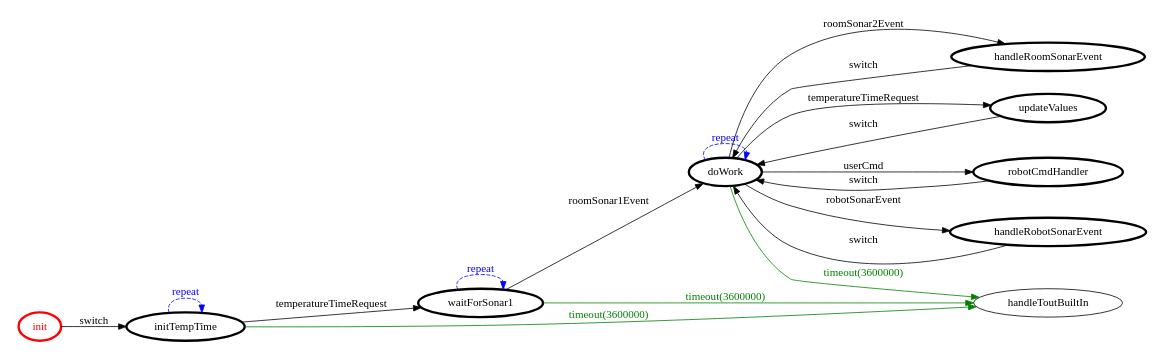
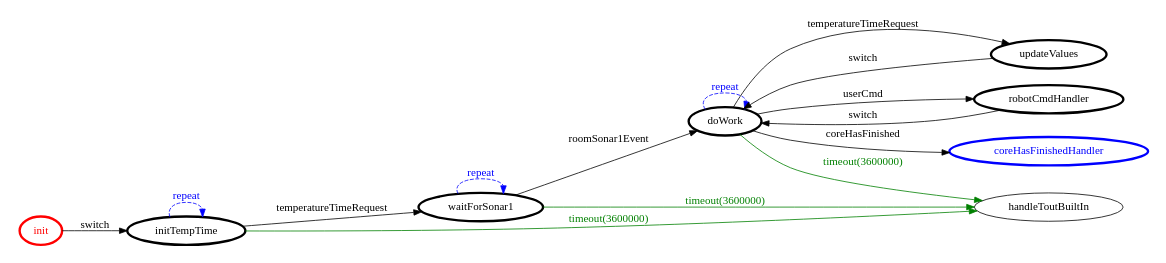
One commit to FraGio/iss2018 changed the diagram in it.unibo.projectRobot/srcMore/it/unibo/mind/mind.gv. Above: the diagram before and after it, drawn with Graphviz. The commit also changed 13 other files, not shown here.

```diff
--- a/it.unibo.projectRobot/srcMore/it/unibo/mind/mind.gv
+++ b/it.unibo.projectRobot/srcMore/it/unibo/mind/mind.gv
@@ -1,38 +1,34 @@
 /*
 *
 * A GraphViz DOT FSM description 
 * Please use a GraphViz visualizer (like http://www.webgraphviz.com)
 *  
 */
 
 digraph finite_state_machine {
 	rankdir=LR
 	size="8,5"
 	
 	init [ color = red ][ fontcolor = red ][ penwidth = 3 ]
-	handleRoomSonarEvent [ color = black ][ fontcolor = black ][ penwidth = 3 ]
 	doWork [ color = black ][ fontcolor = black ][ penwidth = 3 ]
 	initTempTime [ color = black ][ fontcolor = black ][ penwidth = 3 ]
 	updateValues [ color = black ][ fontcolor = black ][ penwidth = 3 ]
 	waitForSonar1 [ color = black ][ fontcolor = black ][ penwidth = 3 ]
 	robotCmdHandler [ color = black ][ fontcolor = black ][ penwidth = 3 ]
-	handleRobotSonarEvent [ color = black ][ fontcolor = black ][ penwidth = 3 ]
+	coreHasFinishedHandler [ color = blue ][ fontcolor = blue ][ penwidth = 3 ]
 	
 	initTempTime -> initTempTime [ label = "repeat "][ style = dashed ][ color = blue ][ fontcolor = blue ]
 	doWork -> handleToutBuiltIn [ label = "timeout(3600000)" ][ color = green ][ fontcolor = green ]
-	doWork -> handleRoomSonarEvent [ label = "roomSonar2Event" ][ color = black ][ fontcolor = black ]
 	updateValues -> doWork [ label = "switch" ][ color = black ][ fontcolor = black ]
-	handleRobotSonarEvent -> doWork [ label = "switch" ][ color = black ][ fontcolor = black ]
-	doWork -> handleRobotSonarEvent [ label = "robotSonarEvent" ][ color = black ][ fontcolor = black ]
 	initTempTime -> handleToutBuiltIn [ label = "timeout(3600000)" ][ color = green ][ fontcolor = green ]
 	initTempTime -> waitForSonar1 [ label = "temperatureTimeRequest" ][ color = black ][ fontcolor = black ]
 	doWork -> updateValues [ label = "temperatureTimeRequest" ][ color = black ][ fontcolor = black ]
+	doWork -> coreHasFinishedHandler [ label = "coreHasFinished" ][ color = black ][ fontcolor = black ]
 	robotCmdHandler -> doWork [ label = "switch" ][ color = black ][ fontcolor = black ]
-	handleRoomSonarEvent -> doWork [ label = "switch" ][ color = black ][ fontcolor = black ]
 	init -> initTempTime [ label = "switch" ][ color = black ][ fontcolor = black ]
 	waitForSonar1 -> handleToutBuiltIn [ label = "timeout(3600000)" ][ color = green ][ fontcolor = green ]
 	doWork -> doWork [ label = "repeat "][ style = dashed ][ color = blue ][ fontcolor = blue ]
 	waitForSonar1 -> waitForSonar1 [ label = "repeat "][ style = dashed ][ color = blue ][ fontcolor = blue ]
 	waitForSonar1 -> doWork [ label = "roomSonar1Event" ][ color = black ][ fontcolor = black ]
 	doWork -> robotCmdHandler [ label = "userCmd" ][ color = black ][ fontcolor = black ]
 }
```
